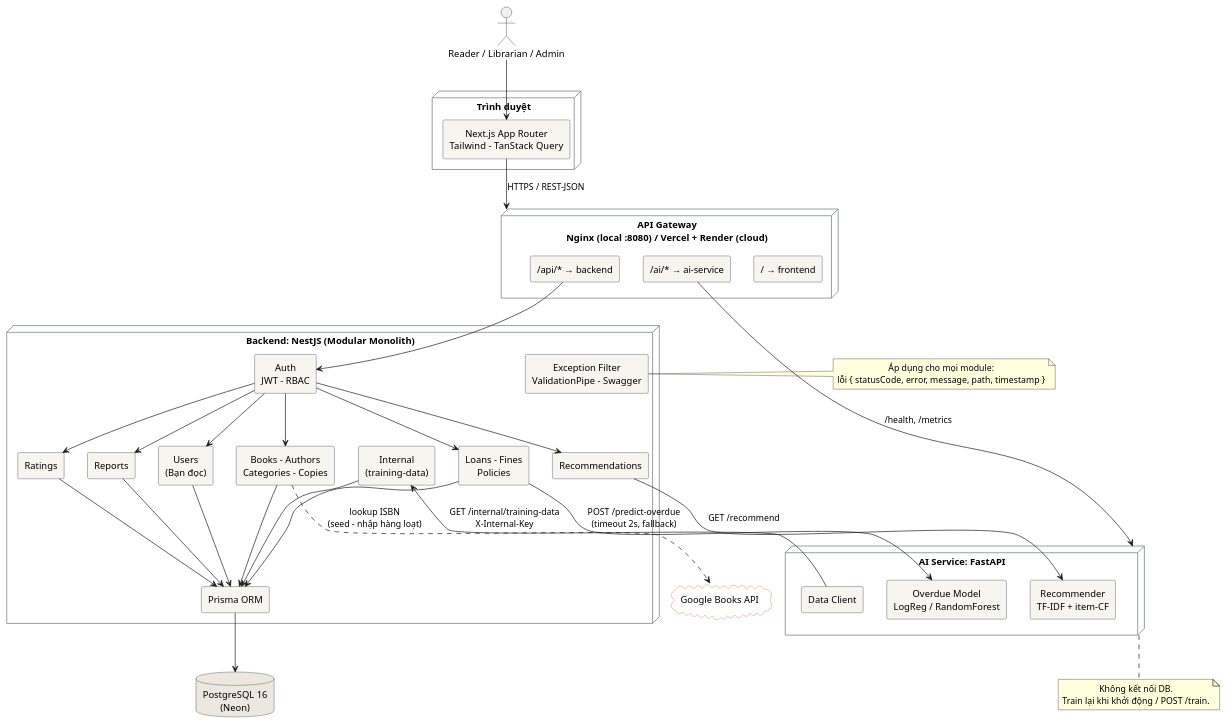
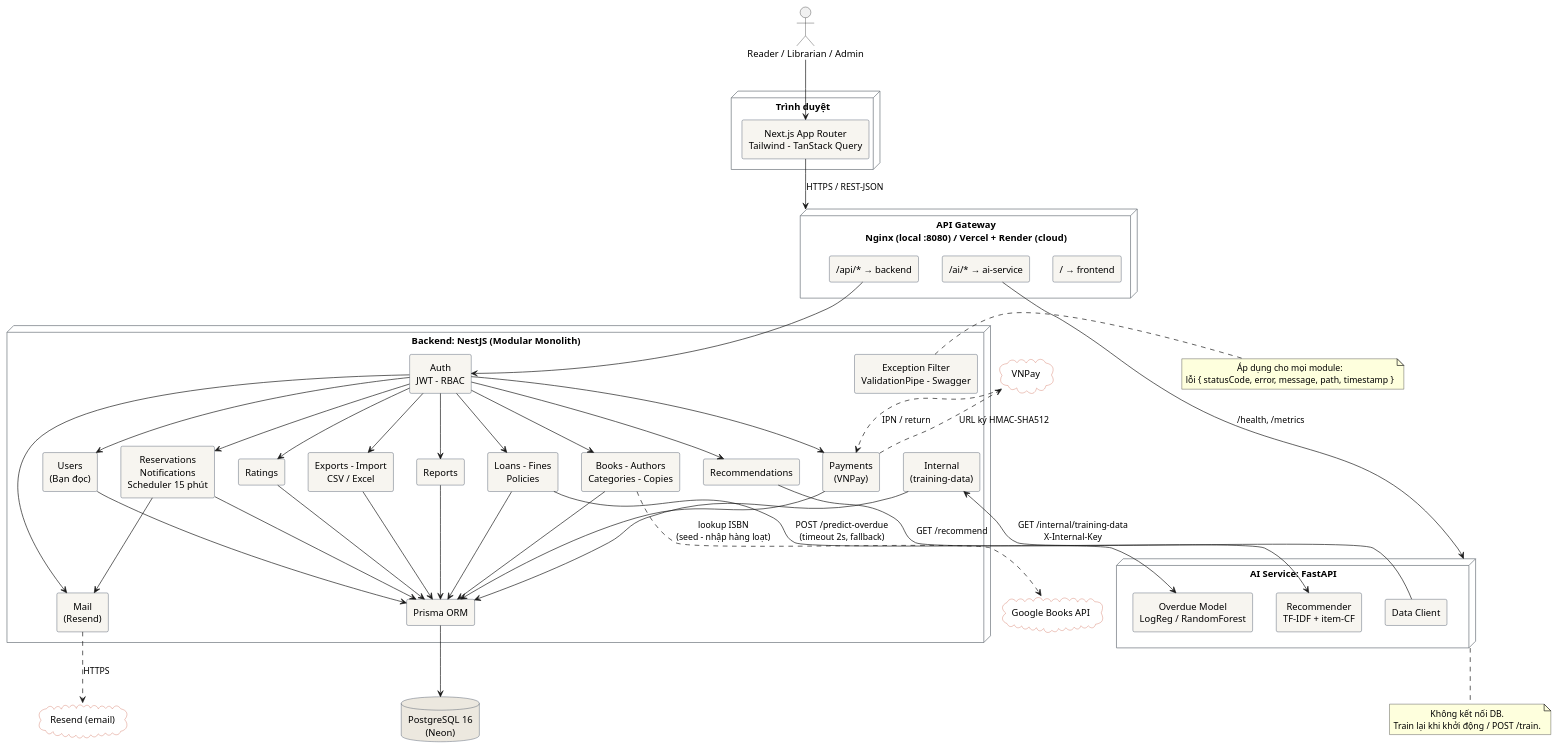
One commit to khoidev2001/university-library-system changed the diagram in docs/uml/architecture.puml. Above: the diagram before and after it, drawn with PlantUML. The commit also changed 9 other files, not shown here.

Commit message:
docs(uml): thêm sequence đặt trước và thanh toán VNPay, cập nhật kiến trúc, bối cảnh, use case

```diff
--- a/docs/uml/architecture.puml
+++ b/docs/uml/architecture.puml
@@ -1,86 +1,103 @@
 @startuml architecture
 ' Sơ đồ kiến trúc hệ thống: API Gateway, Services, Database, tích hợp ngoài (checklist LAB 2)
 skinparam componentStyle rectangle
 skinparam defaultTextAlignment center
 skinparam component {
   BackgroundColor #F7F5F0
   BorderColor #1B2A41
 }
 skinparam database {
   BackgroundColor #ECE8DF
   BorderColor #1B2A41
 }
 skinparam cloud {
   BackgroundColor #FFFFFF
   BorderColor #C8553D
 }
 skinparam node {
   BackgroundColor #FFFFFF
   BorderColor #6A7179
 }
 
 actor "Reader / Librarian / Admin" as User
 
 node "Trình duyệt" {
   [Next.js App Router\nTailwind - TanStack Query] as FE
 }
 
 node "API Gateway\nNginx (local :8080) / Vercel + Render (cloud)" as GW {
   [/ → frontend] as R1
   [/api/* → backend] as R2
   [/ai/* → ai-service] as R3
 }
 
 node "Backend: NestJS (Modular Monolith)" as BE {
   [Auth\nJWT - RBAC] as Auth
   [Books - Authors\nCategories - Copies] as Books
   [Users\n(Bạn đọc)] as Users
   [Loans - Fines\nPolicies] as Loans
   [Ratings] as Ratings
+  [Reservations\nNotifications\nScheduler 15 phút] as Resv
+  [Payments\n(VNPay)] as Pay
+  [Exports - Import\nCSV / Excel] as Exp
+  [Mail\n(Resend)] as Mail
   [Reports] as Reports
   [Recommendations] as Rec
   [Internal\n(training-data)] as Internal
   [Prisma ORM] as Prisma
   [Exception Filter\nValidationPipe - Swagger] as Cross
 }
 
 node "AI Service: FastAPI" as AI {
   [Recommender\nTF-IDF + item-CF] as Recm
   [Overdue Model\nLogReg / RandomForest] as Ovd
   [Data Client] as DC
 }
 
 database "PostgreSQL 16\n(Neon)" as DB
 cloud "Google Books API" as GB
+cloud "Resend (email)" as RS
+cloud "VNPay" as VN
 
 User --> FE
 FE --> GW : HTTPS / REST-JSON
 R2 --> Auth
 R3 --> AI : /health, /metrics
 Auth --> Books
 Auth --> Users
 Auth --> Loans
 Auth --> Ratings
 Auth --> Reports
 Auth --> Rec
+Auth --> Resv
+Auth --> Pay
+Auth --> Exp
+Resv --> Mail
+Auth --> Mail
 Rec --> Recm : GET /recommend
 Loans --> Ovd : POST /predict-overdue\n(timeout 2s, fallback)
 DC --> Internal : GET /internal/training-data\nX-Internal-Key
 Books --> Prisma
 Users --> Prisma
 Loans --> Prisma
 Ratings --> Prisma
 Reports --> Prisma
+Resv --> Prisma
+Pay --> Prisma
+Exp --> Prisma
 Internal --> Prisma
 Prisma --> DB
 Books ..> GB : lookup ISBN\n(seed - nhập hàng loạt)
+Mail ..> RS : HTTPS
+Pay ..> VN : URL ký HMAC-SHA512
+VN ..> Pay : IPN / return
 
 note bottom of AI
   Không kết nối DB.
   Train lại khi khởi động / POST /train.
 end note
 note right of Cross
   Áp dụng cho mọi module:
   lỗi { statusCode, error, message, path, timestamp }
 end note
 @enduml
```
